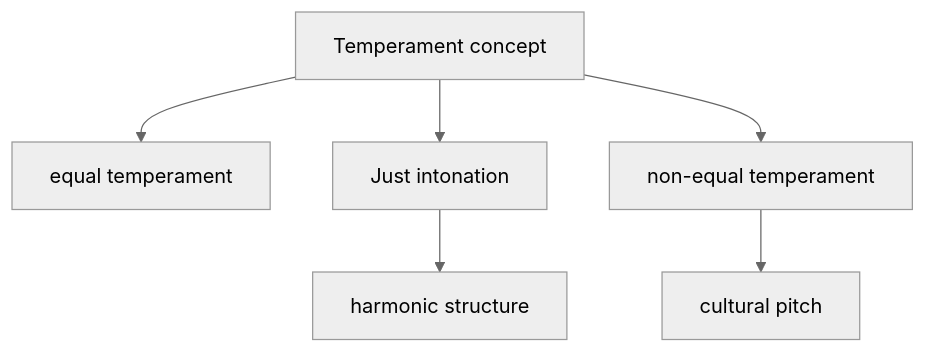
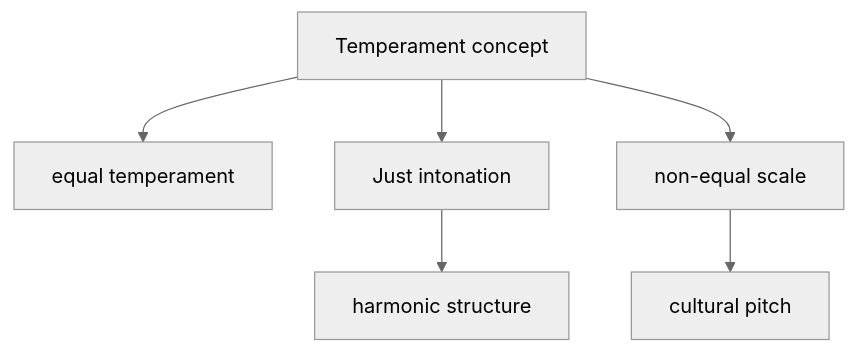
One commit to monumental-movement/monumental-movement.github.io changed the first of 2 diagrams in en/_posts/2025-12-17-column-microtonal-music.md. Above: the diagram before and after it, drawn with Mermaid (neutral theme). The commit also changed other lines of this file and 334 other files, not shown here.

```diff
--- a/en/_posts/2025-12-17-column-microtonal-music.md
+++ b/en/_posts/2025-12-17-column-microtonal-music.md
@@ -256,8 +256,8 @@
 <div class="mermaid">
 graph TD
 A[Temperament concept] --> B[equal temperament]
 A --> C[Just intonation]
-A --> D[non-equal temperament]
+A --> D[non-equal scale]
 C --> E[harmonic structure]
 D --> F[cultural pitch]
 </div>
```
